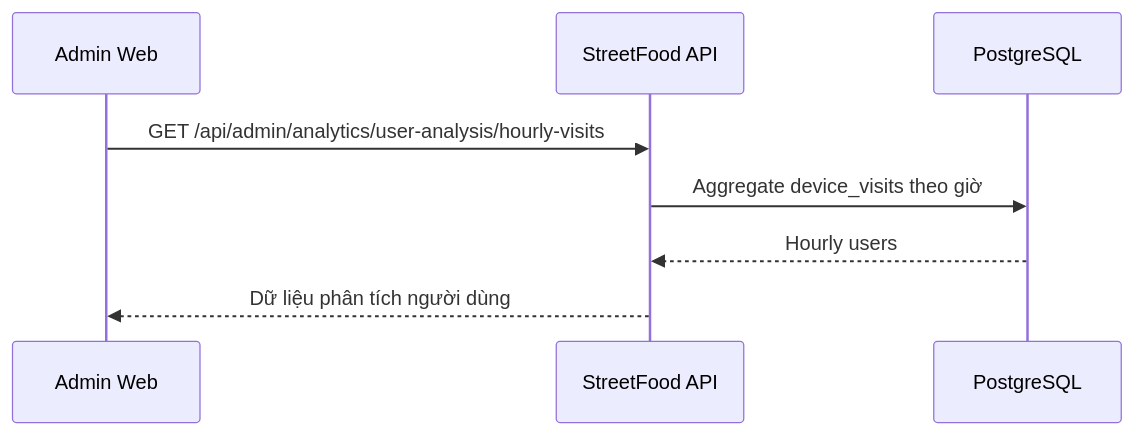
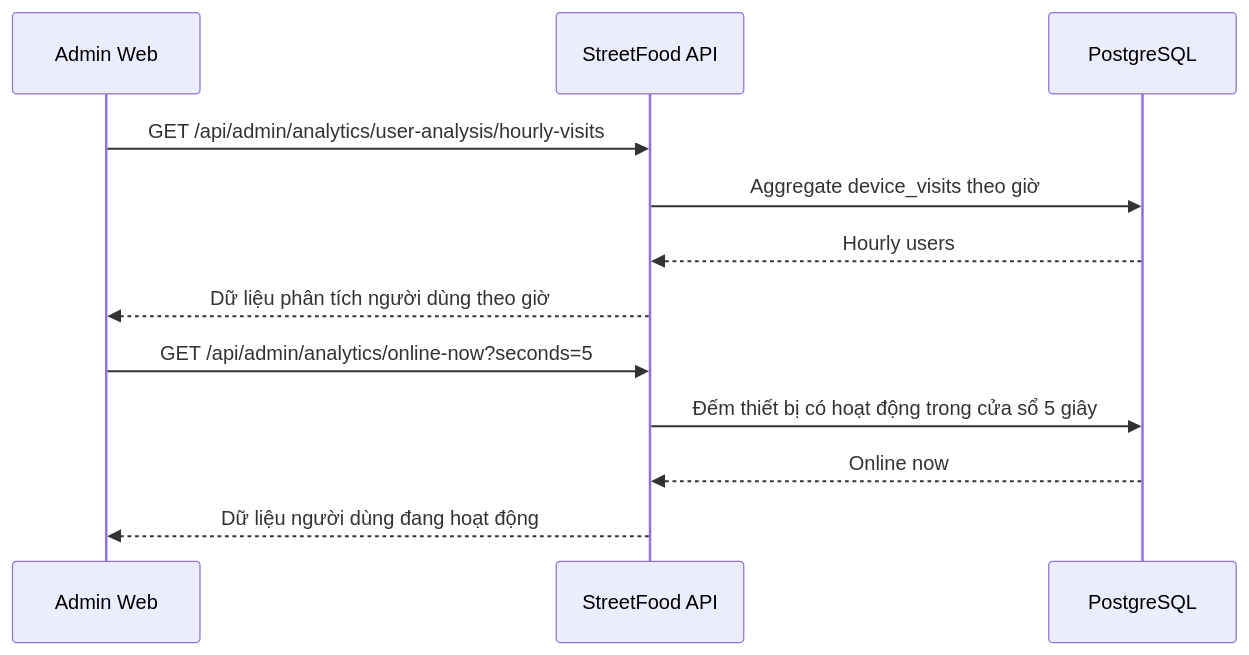
One commit to NguyenPhuc-Du/StreetFood changed diagram 20 of 47 in prd.md. Above: the diagram before and after it, drawn with Mermaid. The commit also changed other lines of this file, not shown here.

````diff
--- a/prd.md
+++ b/prd.md
@@ -1001,11 +1009,15 @@
 ```mermaid
 sequenceDiagram
     participant A as Admin Web
     participant API as StreetFood API
     participant DB as PostgreSQL
 
     A->>API: GET /api/admin/analytics/user-analysis/hourly-visits
     API->>DB: Aggregate device_visits theo giờ
     DB-->>API: Hourly users
-    API-->>A: Dữ liệu phân tích người dùng
+    API-->>A: Dữ liệu phân tích người dùng theo giờ
+    A->>API: GET /api/admin/analytics/online-now?seconds=5
+    API->>DB: Đếm thiết bị có hoạt động trong cửa sổ 5 giây
+    DB-->>API: Online now
+    API-->>A: Dữ liệu người dùng đang hoạt động
 ```
````
